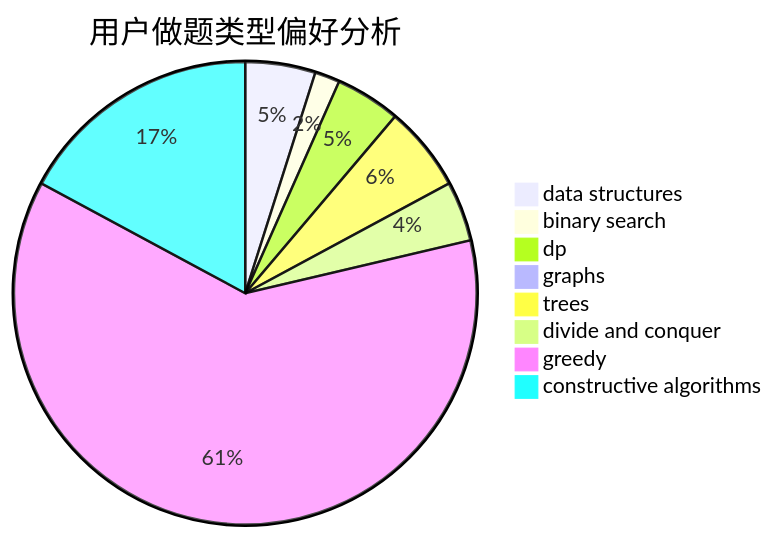
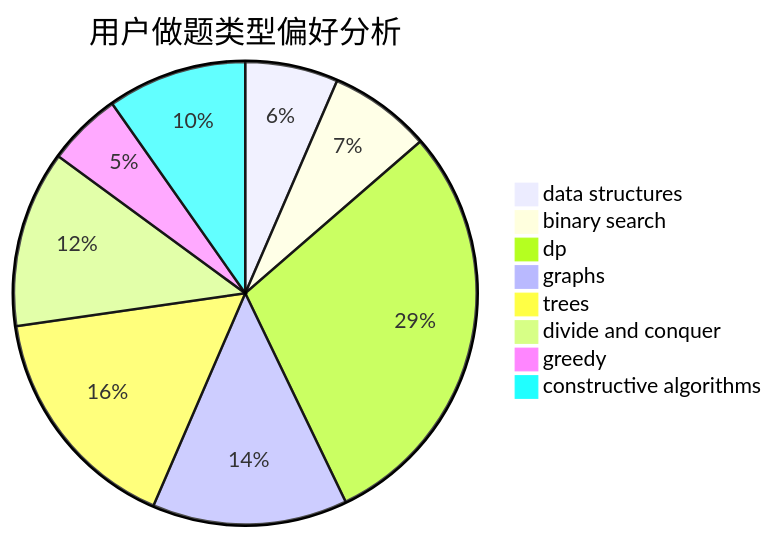
Before and after one commit to sherpahu/cfrs.github.io: the second of 3 diagrams in docs/user/u2450.md, drawn with Mermaid. The commit also changed other lines of this file and 2770 other files, not shown here.

````diff
--- a/docs/user/u2450.md
+++ b/docs/user/u2450.md
@@ -23,11 +23,11 @@
 ```mermaid
 pie title 用户做题类型偏好分析
-    "data structures" :  14
-    "binary search" :  5
-    "dp" :  13
-    "graphs" :  1
-    "trees" :  17
-    "divide and conquer" :  12
-    "greedy" :  176
-    "constructive algorithms" :  49
+    "data structures" :  10
+    "binary search" :  11
+    "dp" :  45
+    "graphs" :  21
+    "trees" :  25
+    "divide and conquer" :  19
+    "greedy" :  8
+    "constructive algorithms" :  15
 ```
````
